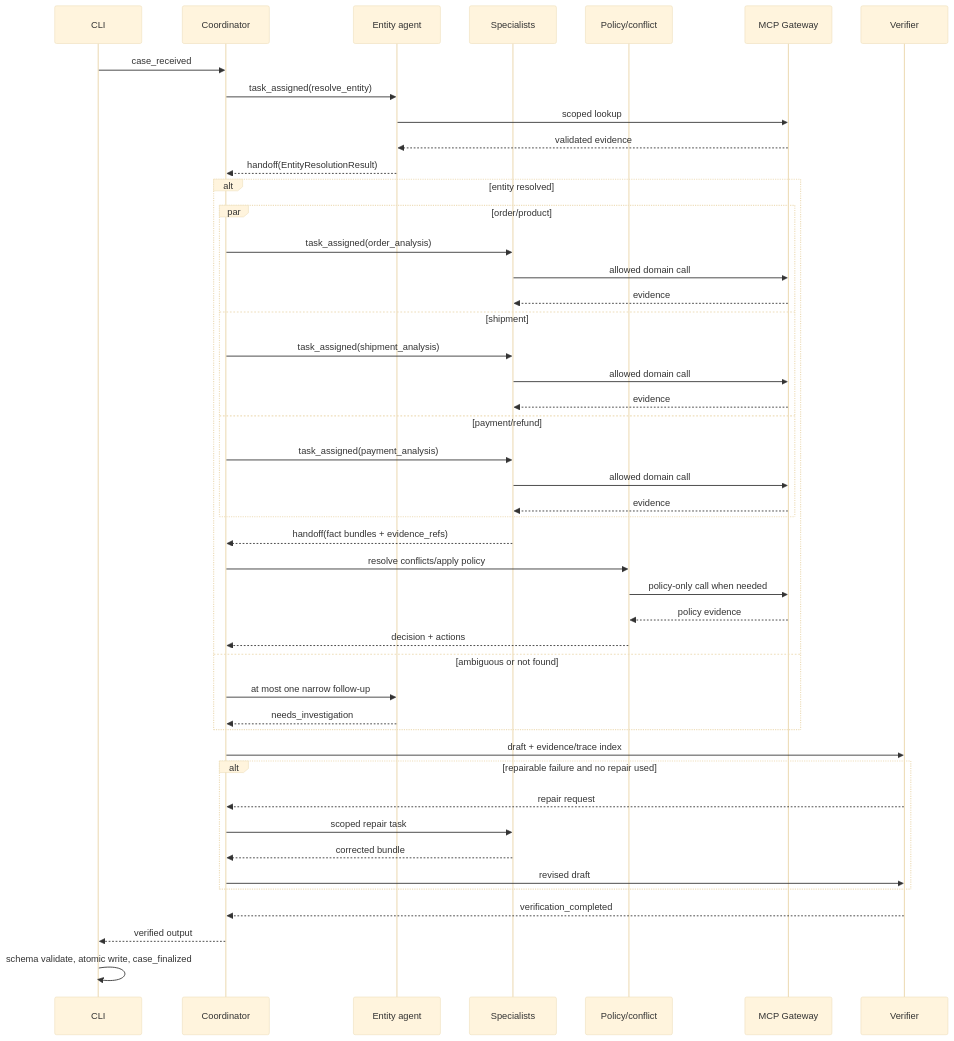
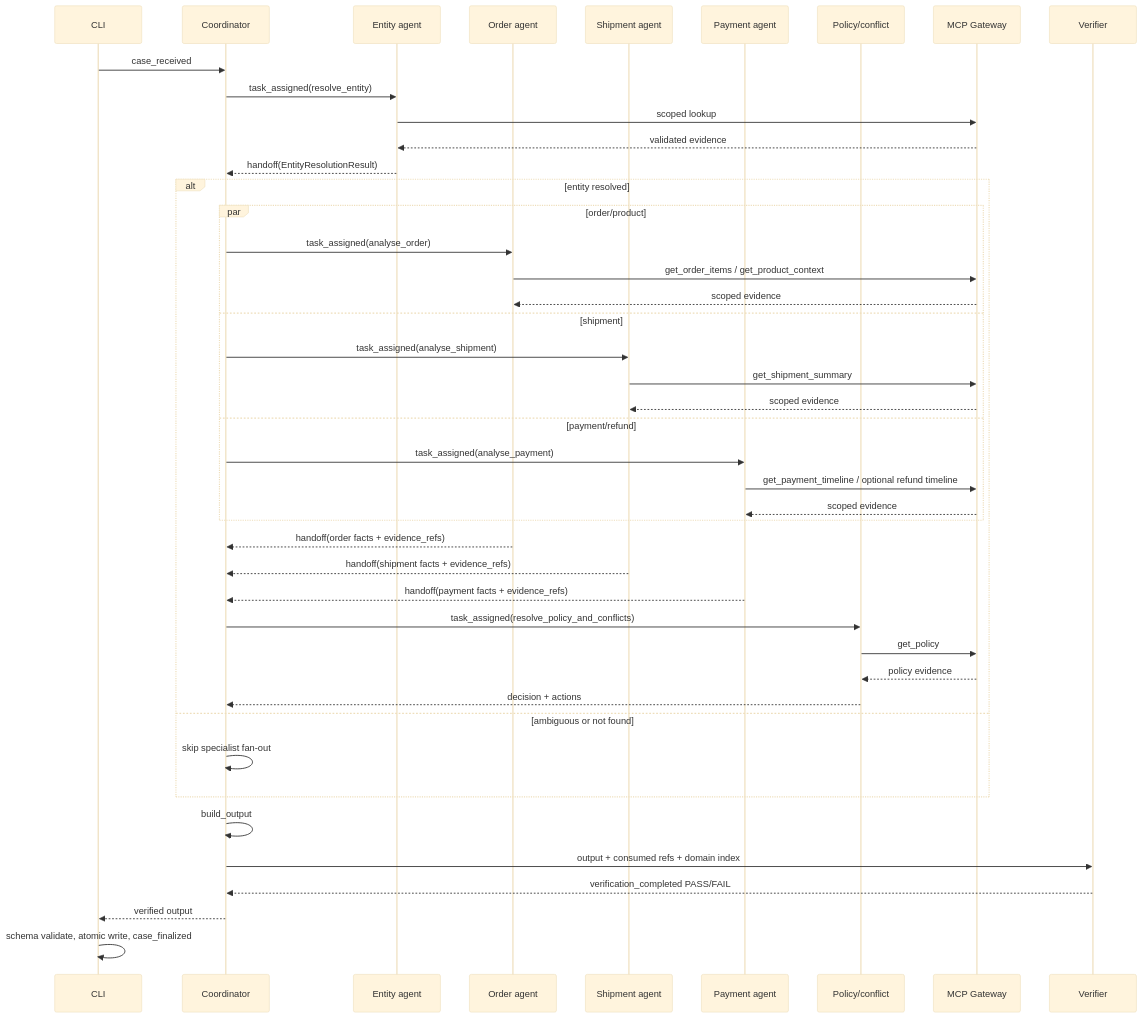
One commit to harrynguyen127/K4-L3B-MultiAgent-MCP-A2A changed the diagram in ARCHITECTURE.md. Above: the diagram before and after it, drawn with Mermaid (base theme). The commit also changed other lines of this file and 9 other files, not shown here.

````diff
--- a/ARCHITECTURE.md
+++ b/ARCHITECTURE.md
@@ -224,51 +224,49 @@
 ```mermaid
 sequenceDiagram
     participant CLI
     participant C as Coordinator
     participant E as Entity agent
-    participant S as Specialists
+    participant O as Order agent
+    participant S as Shipment agent
+    participant R as Payment agent
     participant P as Policy/conflict
     participant M as MCP Gateway
     participant V as Verifier
 
     CLI->>C: case_received
     C->>E: task_assigned(resolve_entity)
     E->>M: scoped lookup
     M-->>E: validated evidence
     E-->>C: handoff(EntityResolutionResult)
 
     alt entity resolved
         par order/product
-            C->>S: task_assigned(order_analysis)
-            S->>M: allowed domain call
-            M-->>S: evidence
+            C->>O: task_assigned(analyse_order)
+            O->>M: get_order_items / get_product_context
+            M-->>O: scoped evidence
         and shipment
-            C->>S: task_assigned(shipment_analysis)
-            S->>M: allowed domain call
-            M-->>S: evidence
+            C->>S: task_assigned(analyse_shipment)
+            S->>M: get_shipment_summary
+            M-->>S: scoped evidence
         and payment/refund
-            C->>S: task_assigned(payment_analysis)
-            S->>M: allowed domain call
-            M-->>S: evidence
+            C->>R: task_assigned(analyse_payment)
+            R->>M: get_payment_timeline / optional refund timeline
+            M-->>R: scoped evidence
         end
-        S-->>C: handoff(fact bundles + evidence_refs)
-        C->>P: resolve conflicts/apply policy
-        P->>M: policy-only call when needed
+        O-->>C: handoff(order facts + evidence_refs)
+        S-->>C: handoff(shipment facts + evidence_refs)
+        R-->>C: handoff(payment facts + evidence_refs)
+        C->>P: task_assigned(resolve_policy_and_conflicts)
+        P->>M: get_policy
         M-->>P: policy evidence
         P-->>C: decision + actions
     else ambiguous or not found
-        C->>E: at most one narrow follow-up
-        E-->>C: needs_investigation
+        C->>C: skip specialist fan-out
     end
 
-    C->>V: draft + evidence/trace index
-    alt repairable failure and no repair used
-        V-->>C: repair request
-        C->>S: scoped repair task
-        S-->>C: corrected bundle
-        C->>V: revised draft
-    end
-    V-->>C: verification_completed
+    C->>C: build_output
+    C->>V: output + consumed refs + domain index
+    V-->>C: verification_completed PASS/FAIL
     C-->>CLI: verified output
     CLI->>CLI: schema validate, atomic write, case_finalized
 ```
````
